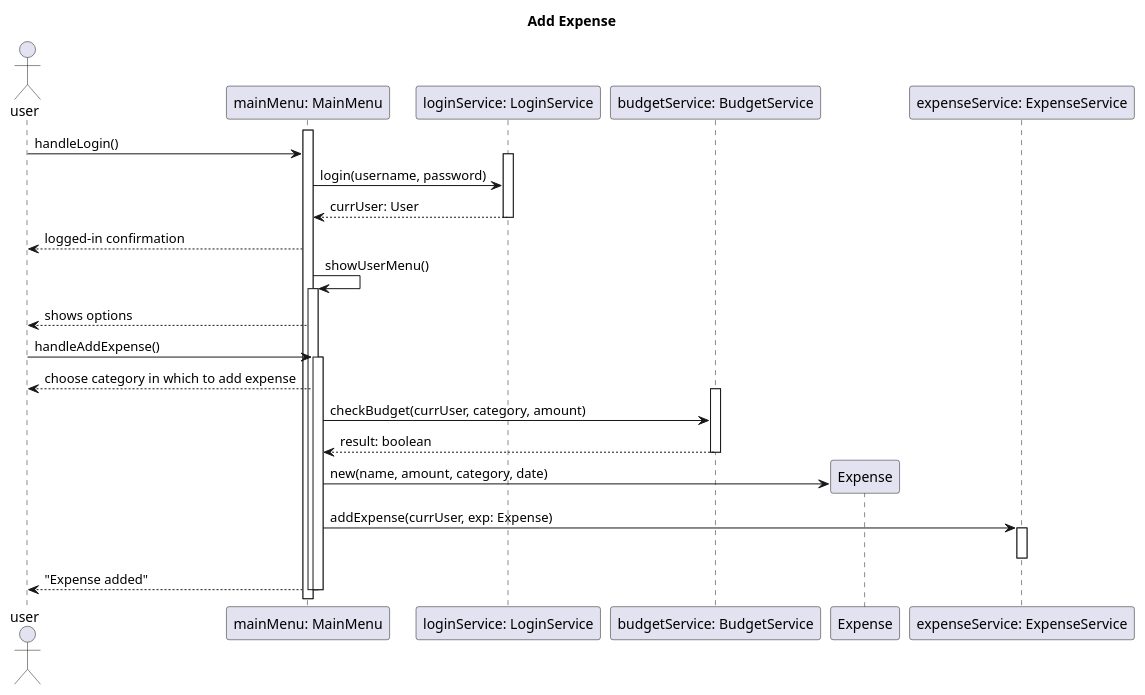
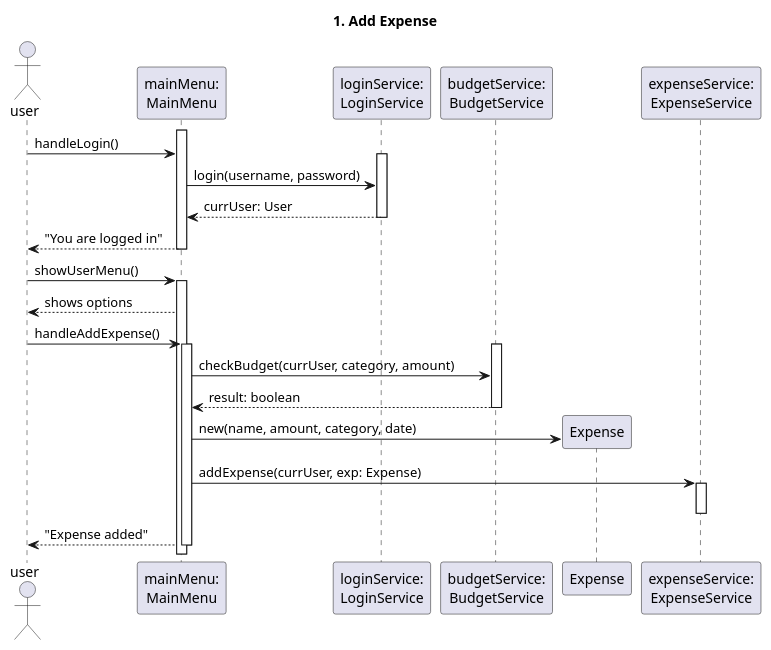
One commit to subisksbn/OOP_final_financeTracker changed the diagram in UML/seq_addExp.puml. Above: the diagram before and after it, drawn with PlantUML. The commit also changed 8 other files, not shown here.

Commit message:
Finished Sequence Diagrams for all Use Cases

```diff
--- a/UML/seq_addExp.puml
+++ b/UML/seq_addExp.puml
@@ -1,53 +1,53 @@
 @startuml
-title Add Expense
+title 1. Add Expense
 actor user
-participant "mainMenu: MainMenu" as mainMenu
-participant "loginService: LoginService" as loginService
-participant "budgetService: BudgetService" as budgetService
+participant "mainMenu:\nMainMenu" as mainMenu
+participant "loginService:\nLoginService" as loginService
+participant "budgetService:\nBudgetService" as budgetService
 
-' showMenu() -> handleLogin() -> login(user, pass) ->
-
+' FIRST login
 activate mainMenu
-    user -> mainMenu: handleLogin()
-    
+user -> mainMenu: handleLogin()
     activate loginService
         mainMenu -> loginService: login(username, password)
         loginService --> mainMenu: currUser: User
     deactivate loginService
-    mainMenu --> user: logged-in confirmation
+    mainMenu --> user: "You are logged in"
+deactivate mainMenu
+' now logged in, proceed'
 
-    
-    mainMenu -> mainMenu: showUserMenu()
-    'showUserMenu()
+'showUserMenu()
+user -> mainMenu: showUserMenu()
+activate mainMenu
+    ' User chooses 1. Add Expense
+    mainMenu --> user: shows options
+        
+    'handleAddExpense
+    user -> mainMenu: handleAddExpense()
     activate mainMenu
-        ' User chooses 1. Add Expense
-        mainMenu --> user: shows options
+        ' Choose category of expense
+        'mainMenu --> user: choose category in which to add expense
+
+        ' System checks budget limit
+        activate budgetService
+            mainMenu -> budgetService: checkBudget(currUser, category, amount)
+            budgetService --> mainMenu: result: boolean
+        deactivate budgetService
+
+        'Adds expense
+        create Expense
+        mainMenu ->  Expense: new(name, amount, category, date)
         
-            user -> mainMenu: handleAddExpense()
-            activate mainMenu
-                ' Choose category of expense
-                mainMenu --> user: choose category in which to add expense
-                'user -> mainMenu: some category as c
+        mainMenu -> "expenseService:\nExpenseService" as expenseService: addExpense(currUser, exp: Expense)
+        activate expenseService
+        deactivate expenseService
 
-                ' System checks budget limit
-                activate budgetService
-                    mainMenu -> budgetService: checkBudget(currUser, category, amount)
-                    budgetService --> mainMenu: result: boolean
-                deactivate budgetService
+        mainMenu --> user: "Expense added"
+    'deactivate handleAddExpense()
+    deactivate mainMenu 
 
-                'Adds expense
-                create Expense
-                mainMenu ->  Expense: new(name, amount, category, date)
-                
-                mainMenu -> "expenseService: ExpenseService" as expenseService: addExpense(currUser, exp: Expense)
-                activate expenseService
-                deactivate expenseService
-
-                mainMenu --> user: "Expense added"
-            'deactivate handleAddExpense()
-            deactivate mainMenu 
-    'deactivate showUserMenu()
-    deactivate mainMenu
+'deactivate showUserMenu()
+'deactivate mainMenu
 
 'mainMenu: show()
 @enduml
```
